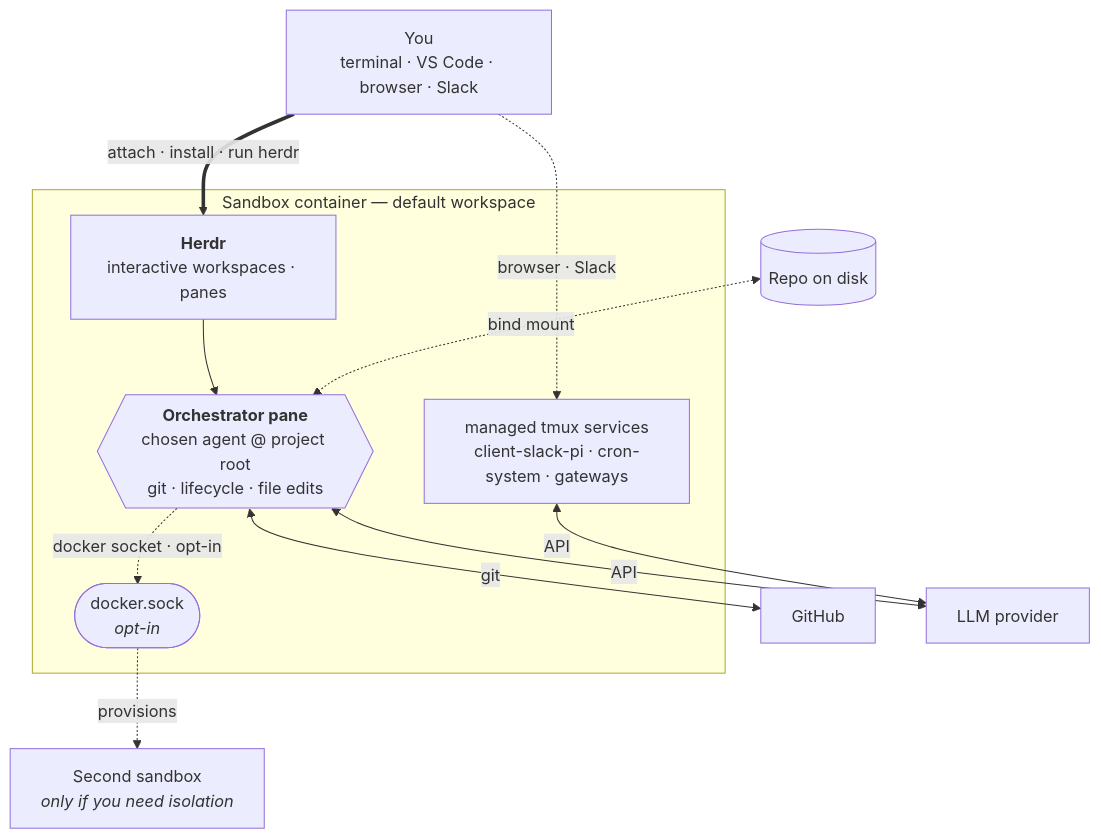
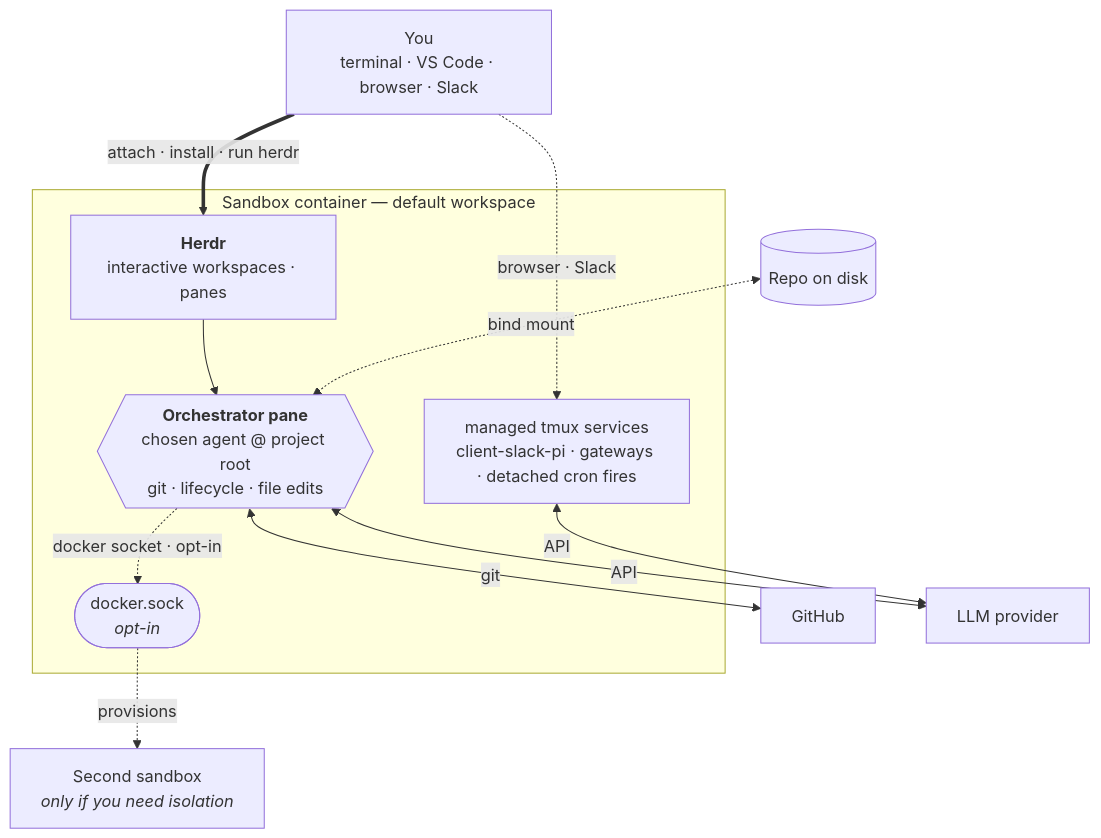
One commit to mifunedev/openharness changed the diagram in docs/intro.md. Above: the diagram before and after it, drawn with Mermaid. The commit also changed other lines of this file and 36 other files, not shown here.

First line of the commit message:
feat: make systemd PID 1 and move cron supervision out of tmux (#956)

````diff
--- a/docs/intro.md
+++ b/docs/intro.md
@@ -31,26 +31,26 @@
 ```mermaid
 flowchart TB
     You["You<br/>terminal · VS Code · browser · Slack"]
     Repo[("Repo on disk")]
     GH["GitHub"]
     LLM["LLM provider"]
 
     subgraph sandbox["Sandbox container — default workspace"]
         Herdr["<b>Herdr</b><br/>interactive workspaces · panes"]
         Orch{{"<b>Orchestrator pane</b><br/>chosen agent @ project root<br/>git · lifecycle · file edits"}}
-        Tmux["managed tmux services<br/>client-slack-pi · cron-system · gateways"]
+        Tmux["managed tmux services<br/>client-slack-pi · gateways · detached cron fires"]
         Sock(["docker.sock<br/><i>opt-in</i>"])
     end
 
     Sb2["Second sandbox<br/><i>only if you need isolation</i>"]
 
     You ==>|attach · install · run herdr| Herdr
     Herdr --> Orch
     You -.->|browser · Slack| Tmux
     Repo <-.->|bind mount| Orch
     Orch <-->|git| GH
     Orch <-->|API| LLM
     Tmux <-->|API| LLM
     Orch -.->|docker socket · opt-in| Sock
     Sock -.->|provisions| Sb2
 ```
````
